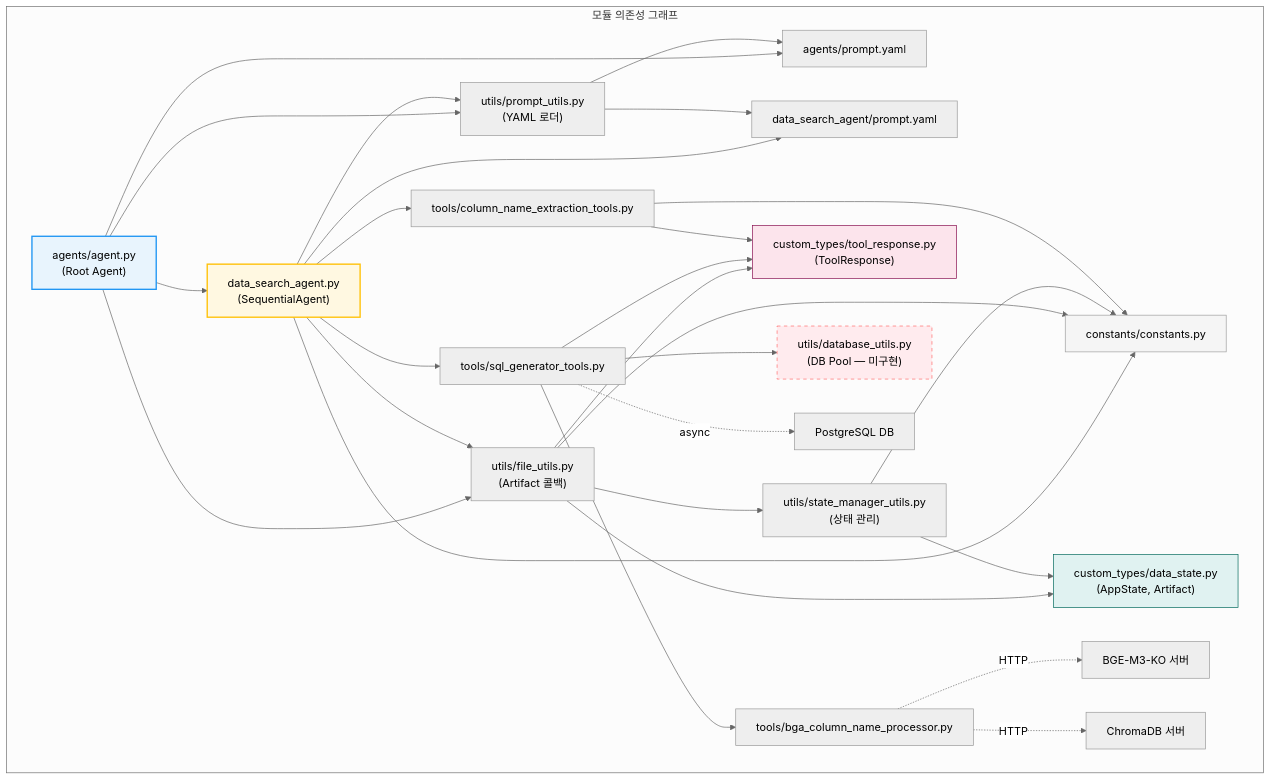
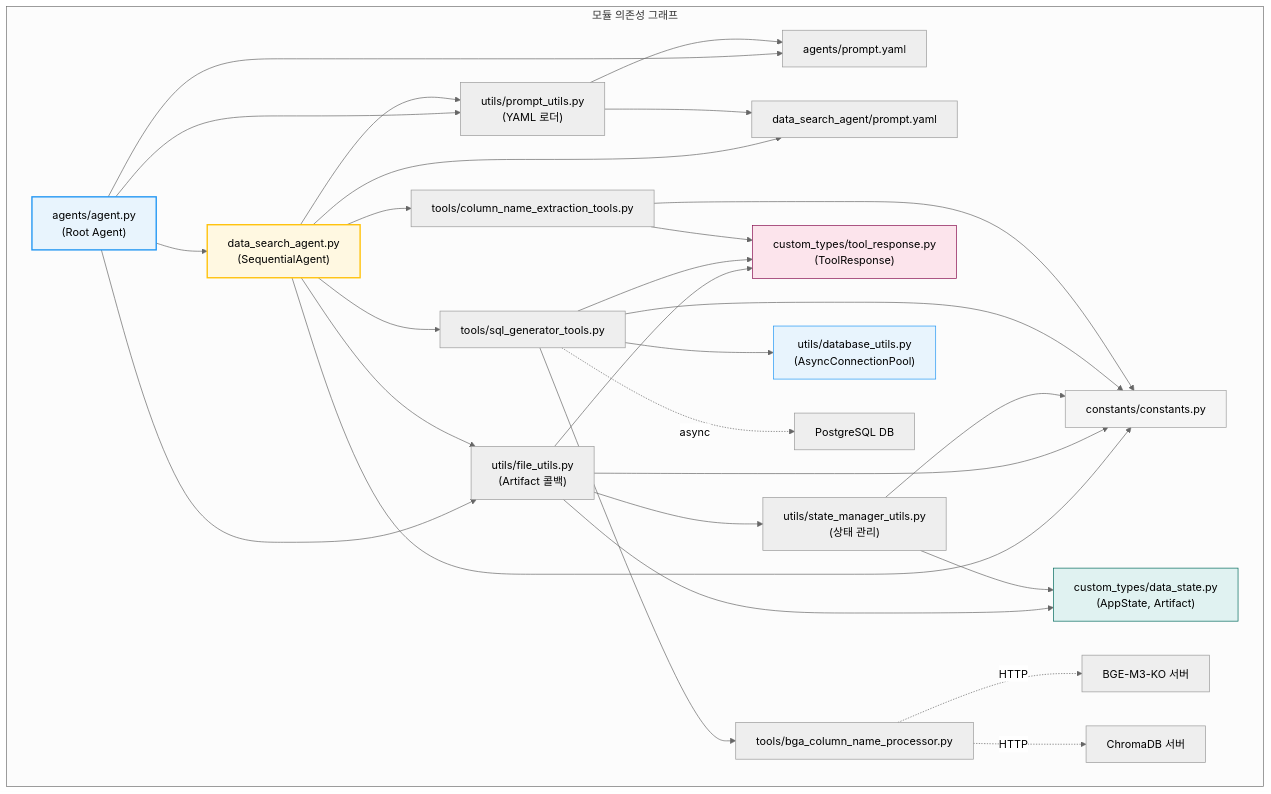
Before and after one commit to beyonwr/agent-adk-data-search: the sixth of 6 diagrams in architecture.md, drawn with Mermaid (neutral theme). The commit also changed other lines of this file, not shown here.

First line of the commit message:
docs: update architecture.md to match actual codebase

````diff
--- a/architecture.md
+++ b/architecture.md
@@ -327,64 +309,65 @@
 ```mermaid
 graph TD
     subgraph DEPS["모듈 의존성 그래프"]
         agent_py["agents/agent.py<br/>(Root Agent)"]
         dsa_py["data_search_agent.py<br/>(SequentialAgent)"]
         prompt_yaml_root["agents/prompt.yaml"]
         prompt_yaml_dsa["data_search_agent/prompt.yaml"]
 
         prompt_utils["utils/prompt_utils.py<br/>(YAML 로더)"]
         file_utils["utils/file_utils.py<br/>(Artifact 콜백)"]
         state_mgr["utils/state_manager_utils.py<br/>(상태 관리)"]
-        db_utils["utils/database_utils.py<br/>(DB Pool — 미구현)"]
+        db_utils["utils/database_utils.py<br/>(AsyncConnectionPool)"]
 
         constants["constants/constants.py"]
 
         data_state["custom_types/data_state.py<br/>(AppState, Artifact)"]
         tool_response["custom_types/tool_response.py<br/>(ToolResponse)"]
 
         col_extract["tools/column_name_extraction_tools.py"]
         sql_tools["tools/sql_generator_tools.py"]
         bga_proc["tools/bga_column_name_processor.py"]
 
         agent_py --> prompt_utils
         agent_py --> file_utils
         agent_py --> dsa_py
         agent_py --> prompt_yaml_root
 
         dsa_py --> prompt_utils
         dsa_py --> file_utils
         dsa_py --> col_extract
         dsa_py --> sql_tools
         dsa_py --> prompt_yaml_dsa
         dsa_py --> constants
 
         prompt_utils --> prompt_yaml_root
         prompt_utils --> prompt_yaml_dsa
 
         file_utils --> state_mgr
         file_utils --> data_state
         file_utils --> tool_response
         file_utils --> constants
 
         state_mgr --> data_state
         state_mgr --> constants
 
         sql_tools --> bga_proc
         sql_tools --> db_utils
         sql_tools --> tool_response
+        sql_tools --> constants
 
         col_extract --> constants
         col_extract --> tool_response
 
         bga_proc -.->|"HTTP"| EMB3["BGE-M3-KO 서버"]
         bga_proc -.->|"HTTP"| CHROMA3["ChromaDB 서버"]
         sql_tools -.->|"async"| PG3["PostgreSQL DB"]
     end
 
     style agent_py fill:#e8f4fd,stroke:#2196F3,stroke-width:2px
     style dsa_py fill:#fff8e1,stroke:#FFC107,stroke-width:2px
-    style db_utils fill:#ffebee,stroke:#ff6b6b,stroke-dasharray: 5 5
+    style db_utils fill:#e8f4fd,stroke:#2196F3
     style constants fill:#f5f5f5,stroke:#9E9E9E
     style data_state fill:#e0f2f1,stroke:#00695C
     style tool_response fill:#fce4ec,stroke:#880E4F
 ```
````
